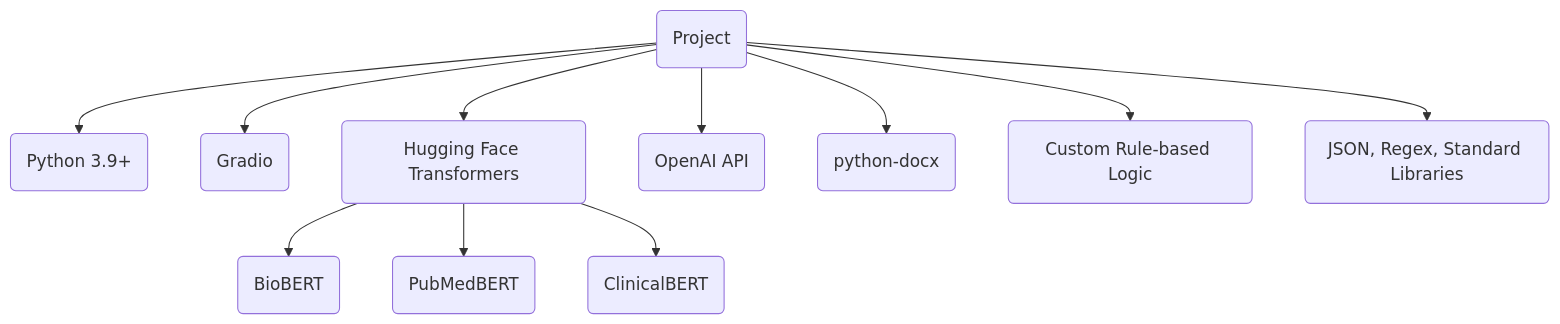
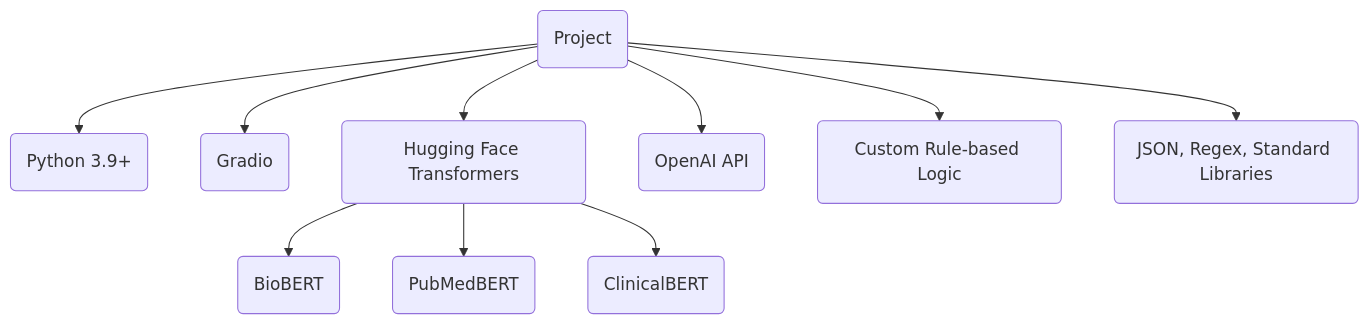
One commit to justin-mbca/aignosis changed the first of 2 diagrams in README.md. Above: the diagram before and after it, drawn with Mermaid. The commit also changed other lines of this file, not shown here.

Commit message:
remove duplicated python

````diff
--- a/README.md
+++ b/README.md
@@ -38,13 +37,12 @@
 ```mermaid
 graph TD
     A(Project) --> B(Python 3.9+)
     A --> C(Gradio)
     A --> D(Hugging Face Transformers)
     D --> D1(BioBERT)
     D --> D2(PubMedBERT)
     D --> D3(ClinicalBERT)
     A --> E(OpenAI API)
-    A --> F(python-docx)
     A --> G(Custom Rule-based Logic)
     A --> H(JSON, Regex, Standard Libraries)
 ```
````
